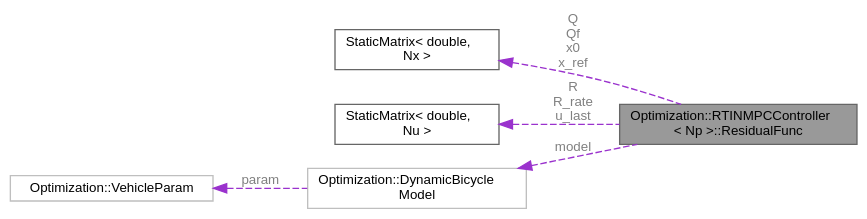
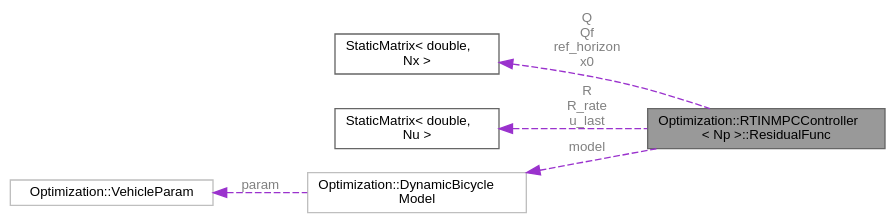
One commit to jswoo0615/Algorithms_for_Optimization_cpp changed the diagram in structOptimization_1_1RTINMPCController_1_1ResidualFunc__coll__graph.dot. Above: the diagram before and after it, drawn with Graphviz. The commit also changed 78 other files, not shown here.

```diff
--- a/structOptimization_1_1RTINMPCController_1_1ResidualFunc__coll__graph.dot
+++ b/structOptimization_1_1RTINMPCController_1_1ResidualFunc__coll__graph.dot
@@ -1,17 +1,17 @@
 digraph "Optimization::RTINMPCController&lt; Np &gt;::ResidualFunc"
 {
  // LATEX_PDF_SIZE
   bgcolor="transparent";
   edge [fontname=Helvetica,fontsize=10,labelfontname=Helvetica,labelfontsize=10];
   node [fontname=Helvetica,fontsize=10,shape=box,height=0.2,width=0.4];
   rankdir="LR";
   Node1 [id="Node000001",label="Optimization::RTINMPCController\l\< Np \>::ResidualFunc",height=0.2,width=0.4,color="gray40", fillcolor="grey60", style="filled", fontcolor="black",tooltip=" "];
-  Node2 -> Node1 [id="edge1_Node000001_Node000002",dir="back",color="darkorchid3",style="dashed",tooltip=" ",label=" Q\nQf\nx0\nx_ref",fontcolor="grey" ];
+  Node2 -> Node1 [id="edge1_Node000001_Node000002",dir="back",color="darkorchid3",style="dashed",tooltip=" ",label=" Q\nQf\nref_horizon\nx0",fontcolor="grey" ];
   Node2 [id="Node000002",label="StaticMatrix\< double,\l Nx \>",height=0.2,width=0.4,color="gray40", fillcolor="white", style="filled",URL="$classStaticMatrix.html",tooltip=" "];
   Node3 -> Node1 [id="edge2_Node000001_Node000003",dir="back",color="darkorchid3",style="dashed",tooltip=" ",label=" R\nR_rate\nu_last",fontcolor="grey" ];
   Node3 [id="Node000003",label="StaticMatrix\< double,\l Nu \>",height=0.2,width=0.4,color="gray40", fillcolor="white", style="filled",URL="$classStaticMatrix.html",tooltip=" "];
   Node4 -> Node1 [id="edge3_Node000001_Node000004",dir="back",color="darkorchid3",style="dashed",tooltip=" ",label=" model",fontcolor="grey" ];
   Node4 [id="Node000004",label="Optimization::DynamicBicycle\lModel",height=0.2,width=0.4,color="grey75", fillcolor="white", style="filled",URL="$classOptimization_1_1DynamicBicycleModel.html",tooltip=" "];
   Node5 -> Node4 [id="edge4_Node000004_Node000005",dir="back",color="darkorchid3",style="dashed",tooltip=" ",label=" param",fontcolor="grey" ];
   Node5 [id="Node000005",label="Optimization::VehicleParam",height=0.2,width=0.4,color="grey75", fillcolor="white", style="filled",URL="$structOptimization_1_1VehicleParam.html",tooltip=" "];
 }
```
